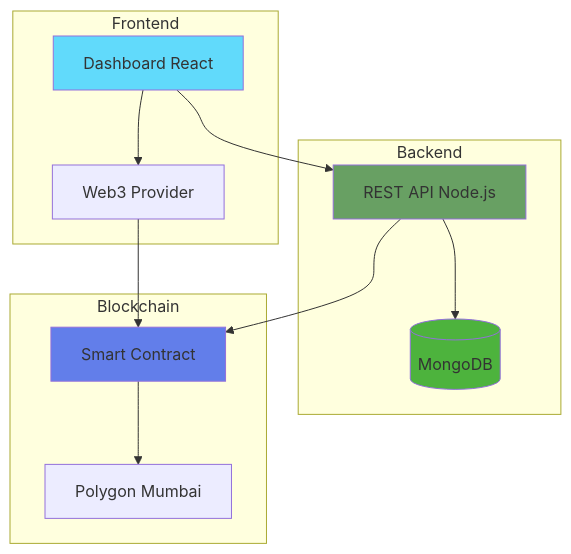
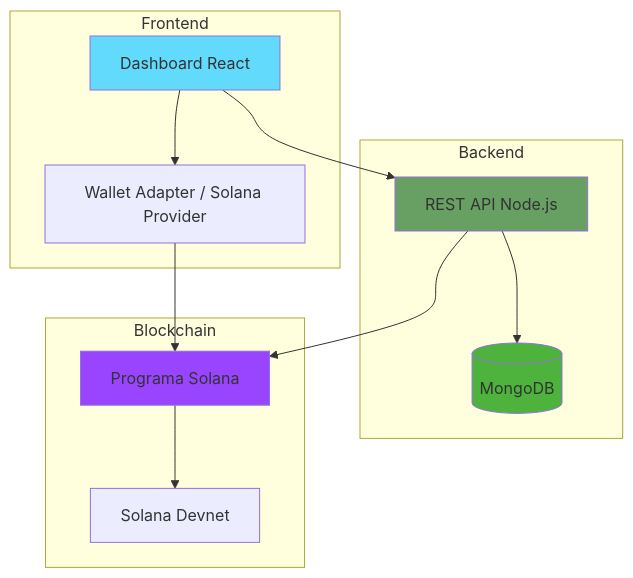
The first of 7 diagrams in 20 INSTRUCCIONES DE ENTREGA.md (pdiazq/tfm-cacao-traceability-solana), drawn with Mermaid before and after one commit. The commit also changed other lines of this file, not shown here.

````diff
--- a/20 INSTRUCCIONES DE ENTREGA.md
+++ b/20 INSTRUCCIONES DE ENTREGA.md
@@ -363,29 +386,29 @@
 ```mermaid
 graph TB
     subgraph "Frontend"
         UI[Dashboard React]
-        W[Web3 Provider]
+        W[Wallet Adapter / Solana Provider]
     end
 
     subgraph "Backend"
         API[REST API Node.js]
         DB[(MongoDB)]
     end
 
     subgraph "Blockchain"
-        SC[Smart Contract]
-        POLY[Polygon Mumbai]
+        PROG[Programa Solana]
+        SOL[Solana Devnet]
     end
 
     UI --> W
     UI --> API
-    W --> SC
+    W --> PROG
     API --> DB
-    SC --> POLY
-    API --> SC
+    PROG --> SOL
+    API --> PROG
 
     style UI fill:#61dafb
     style API fill:#68a063
-    style SC fill:#627eea
+    style PROG fill:#9945FF
     style DB fill:#4db33d
 ```
````
